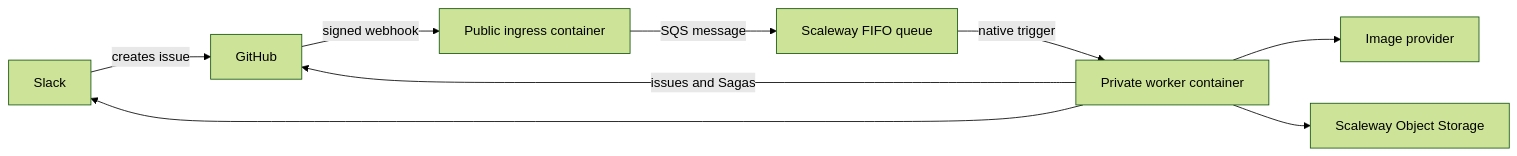
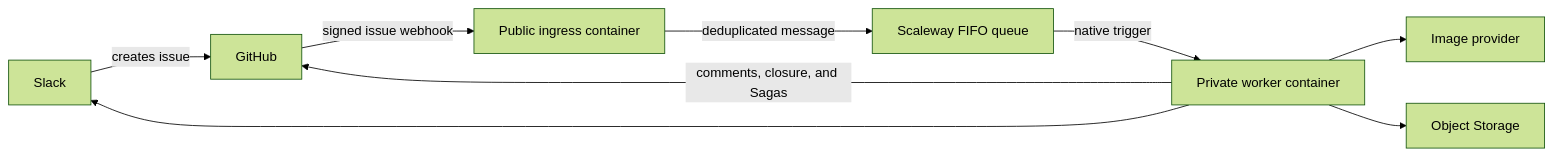
The diagram in docs/hosting-webhook.md (henrikgrubbe/memes), drawn with Mermaid (forest theme) before and after one commit. The commit also changed other lines of this file and 37 other files, not shown here.

````diff
--- a/docs/hosting-webhook.md
+++ b/docs/hosting-webhook.md
@@ -33,11 +5,11 @@
 ```mermaid
 flowchart LR
   Slack -->|creates issue| GitHub
-  GitHub -->|signed webhook| Ingress[Public ingress container]
-  Ingress -->|SQS message| Queue[Scaleway FIFO queue]
+  GitHub -->|signed issue webhook| Ingress[Public ingress container]
+  Ingress -->|deduplicated message| Queue[Scaleway FIFO queue]
   Queue -->|native trigger| Worker[Private worker container]
-  Worker --> Images[Image provider]
-  Worker --> Storage[Scaleway Object Storage]
-  Worker -->|issues and Sagas| GitHub
+  Worker --> Provider[Image provider]
+  Worker --> Storage[Object Storage]
+  Worker -->|comments, closure, and Sagas| GitHub
   Worker --> Slack
 ```
````
